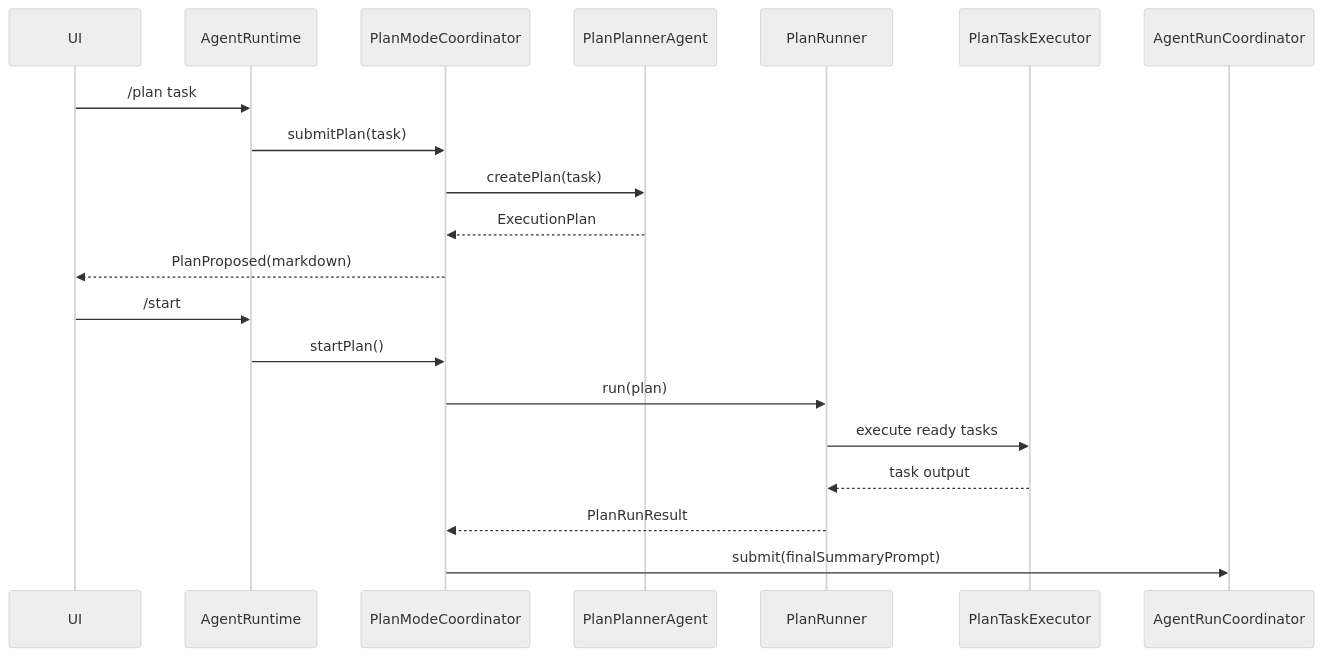
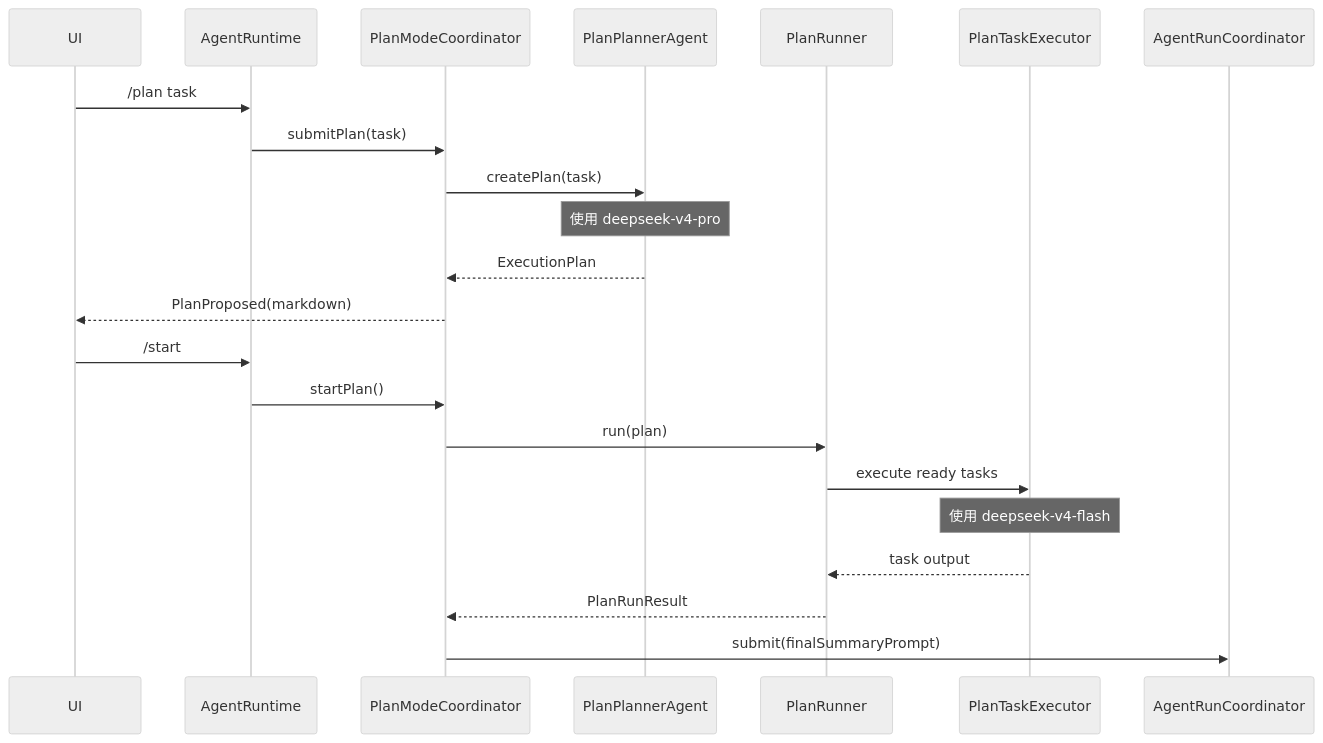
Before and after one commit to yangzhb-cn/aster: the fifth of 10 diagrams in docs/ai-readme/generated/core-flows.md, drawn with Mermaid (neutral theme). The commit also changed other lines of this file and 52 other files, not shown here.

````diff
--- a/docs/ai-readme/generated/core-flows.md
+++ b/docs/ai-readme/generated/core-flows.md
@@ -220,23 +220,25 @@
 ```mermaid
 sequenceDiagram
     participant UI as UI
     participant Runtime as AgentRuntime
     participant Coordinator as PlanModeCoordinator
     participant Planner as PlanPlannerAgent
     participant Runner as PlanRunner
     participant Task as PlanTaskExecutor
     participant Main as AgentRunCoordinator
 
     UI->>Runtime: /plan task
     Runtime->>Coordinator: submitPlan(task)
     Coordinator->>Planner: createPlan(task)
+    Note over Planner: 使用 deepseek-v4-pro
     Planner-->>Coordinator: ExecutionPlan
     Coordinator-->>UI: PlanProposed(markdown)
     UI->>Runtime: /start
     Runtime->>Coordinator: startPlan()
     Coordinator->>Runner: run(plan)
     Runner->>Task: execute ready tasks
+    Note over Task: 使用 deepseek-v4-flash
     Task-->>Runner: task output
     Runner-->>Coordinator: PlanRunResult
     Coordinator->>Main: submit(finalSummaryPrompt)
 ```
````
